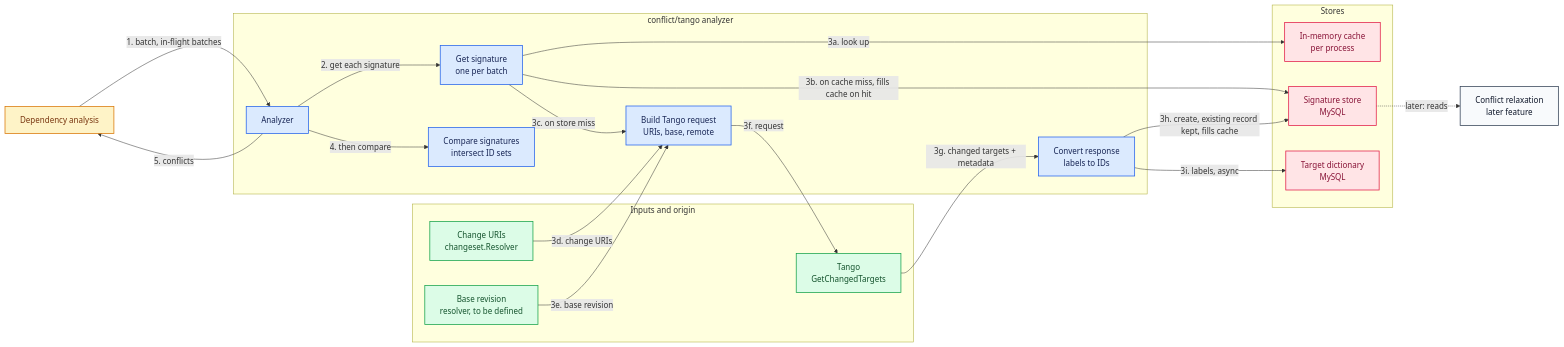
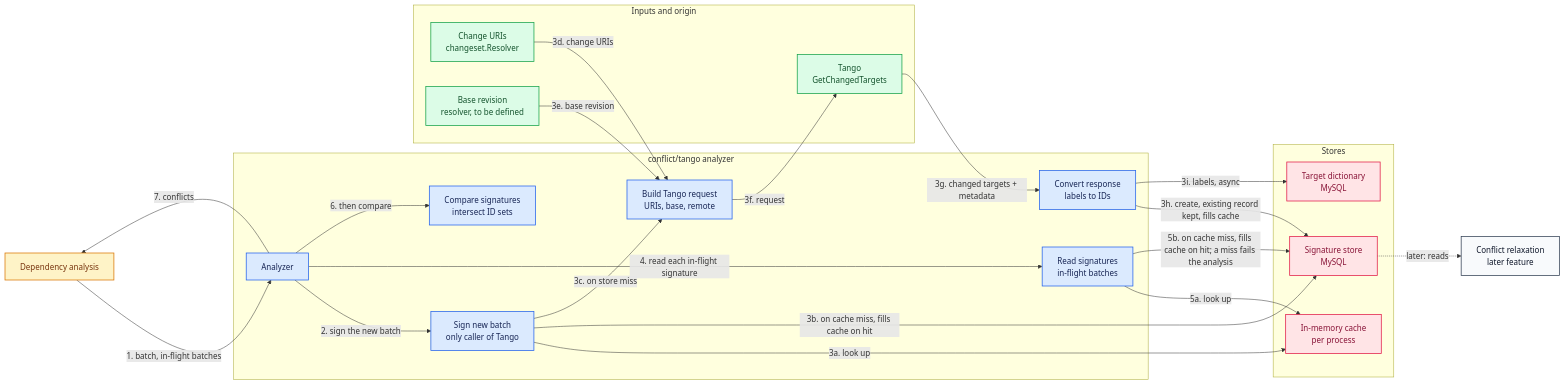
One commit to abcg5ju6zp/submitqueue changed the first of 2 diagrams in doc/rfc/submitqueue/tango-conflict-analyzer.md. Above: the diagram before and after it, drawn with Mermaid. The commit also changed other lines of this file, not shown here.

Commit message:
docs(rfc): Fail when no signature detected

````diff
--- a/doc/rfc/submitqueue/tango-conflict-analyzer.md
+++ b/doc/rfc/submitqueue/tango-conflict-analyzer.md
@@ -13,54 +13,58 @@
 ```mermaid
 flowchart LR
 
 node_stage["Dependency analysis"]
 
 subgraph group_analyzer["conflict/tango analyzer"]
   node_analyze["Analyzer"]
-  node_lookup["Get signature<br/>one per batch"]
+  node_sign["Sign new batch<br/>only caller of Tango"]
+  node_lookup["Read signatures<br/>in-flight batches"]
   node_request["Build Tango request<br/>URIs, base, remote"]
   node_convert["Convert response<br/>labels to IDs"]
   node_compare["Compare signatures<br/>intersect ID sets"]
 end
 
 subgraph group_stores["Stores"]
   node_cache["In-memory cache<br/>per process"]
   node_sigstore["Signature store<br/>MySQL"]
   node_dict["Target dictionary<br/>MySQL"]
 end
 
 subgraph group_inputs["Inputs and origin"]
   node_changes["Change URIs<br/>changeset.Resolver"]
   node_base["Base revision<br/>resolver, to be defined"]
   node_tango["Tango<br/>GetChangedTargets"]
 end
 
 node_relax["Conflict relaxation<br/>later feature"]
 
 node_stage -->|"1. batch, in-flight batches"| node_analyze
-node_analyze -->|"2. get each signature"| node_lookup
-node_lookup -->|"3a. look up"| node_cache
-node_lookup -->|"3b. on cache miss, fills cache on hit"| node_sigstore
-node_lookup -->|"3c. on store miss"| node_request
+node_analyze -->|"2. sign the new batch"| node_sign
+node_sign -->|"3a. look up"| node_cache
+node_sign -->|"3b. on cache miss, fills cache on hit"| node_sigstore
+node_sign -->|"3c. on store miss"| node_request
 node_changes -->|"3d. change URIs"| node_request
 node_base -->|"3e. base revision"| node_request
 node_request -->|"3f. request"| node_tango
 node_tango -->|"3g. changed targets + metadata"| node_convert
 node_convert -->|"3h. create, existing record kept, fills cache"| node_sigstore
 node_convert -->|"3i. labels, async"| node_dict
-node_analyze -->|"4. then compare"| node_compare
-node_analyze -->|"5. conflicts"| node_stage
+node_analyze -->|"4. read each in-flight signature"| node_lookup
+node_lookup -->|"5a. look up"| node_cache
+node_lookup -->|"5b. on cache miss, fills cache on hit; a miss fails the analysis"| node_sigstore
+node_analyze -->|"6. then compare"| node_compare
+node_analyze -->|"7. conflicts"| node_stage
 node_sigstore -.->|"later: reads"| node_relax
 
 classDef toneNeutral fill:#f8fafc,stroke:#334155,stroke-width:1.5px,color:#0f172a
 classDef toneBlue fill:#dbeafe,stroke:#2563eb,stroke-width:1.5px,color:#172554
 classDef toneAmber fill:#fef3c7,stroke:#d97706,stroke-width:1.5px,color:#78350f
 classDef toneMint fill:#dcfce7,stroke:#16a34a,stroke-width:1.5px,color:#14532d
 classDef toneRose fill:#ffe4e6,stroke:#e11d48,stroke-width:1.5px,color:#881337
 
 class node_stage toneAmber
-class node_analyze,node_lookup,node_request,node_convert,node_compare toneBlue
+class node_analyze,node_sign,node_lookup,node_request,node_convert,node_compare toneBlue
 class node_cache,node_sigstore,node_dict toneRose
 class node_changes,node_base,node_tango toneMint
 class node_relax toneNeutral
 ```
````
